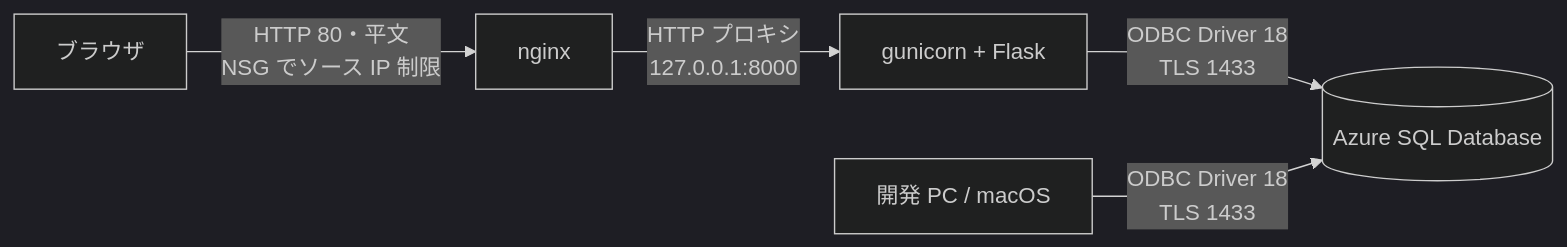
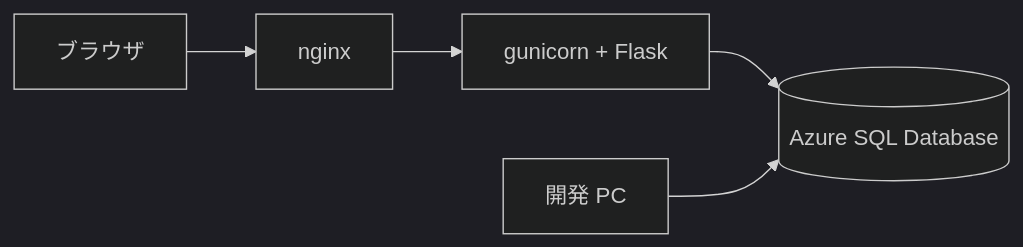
One commit to m-oka-system/mssql-todo-app changed the diagram in README.md. Above: the diagram before and after it, drawn with Mermaid (dark theme). The commit also changed other lines of this file and 2 other files, not shown here.

````diff
--- a/README.md
+++ b/README.md
@@ -11,7 +11,7 @@
 ```mermaid
 flowchart LR
-    A[ブラウザ] -->|HTTP 80・平文<br>NSG でソース IP 制限| B[nginx]
-    B -->|HTTP プロキシ<br>127.0.0.1:8000| C[gunicorn + Flask]
-    C -->|ODBC Driver 18<br>TLS 1433| D[(Azure SQL Database)]
-    E[開発 PC / macOS] -->|ODBC Driver 18<br>TLS 1433| D
+    A[ブラウザ] --> B[nginx]
+    B --> C[gunicorn + Flask]
+    C --> D[(Azure SQL Database)]
+    E[開発 PC] --> D
 ```
````
